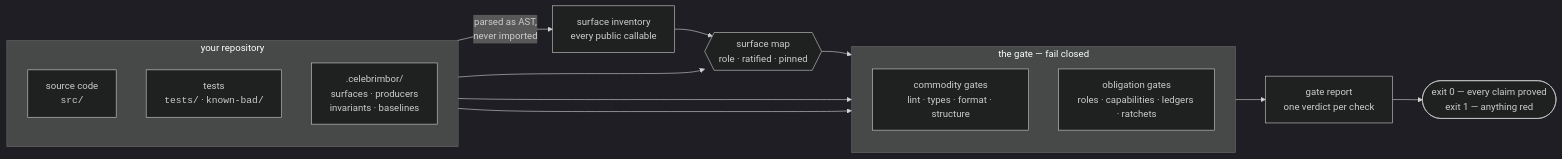
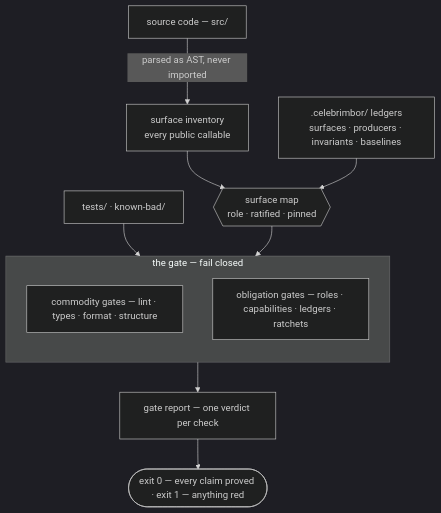
The diagram in docs/concepts/architecture.md (clintecker/celebrimbor), drawn with Mermaid (dark theme) before and after one commit. The commit also changed 11 other files, not shown here.

````diff
--- a/docs/concepts/architecture.md
+++ b/docs/concepts/architecture.md
@@ -9,26 +9,15 @@
 ```mermaid
-flowchart LR
-    subgraph repo["your repository"]
-        direction TB
-        SRC["source code<br/><code>src/</code>"]
-        TST["tests<br/><code>tests/</code> · <code>known-bad/</code>"]
-        LED[".celebrimbor/<br/>surfaces · producers<br/>invariants · baselines"]
-    end
-
-    SRC -->|"parsed as AST,<br/>never imported"| INV["surface inventory<br/>every public callable"]
+flowchart TD
+    SRC["source code — src/"] -->|"parsed as AST, never imported"| INV["surface inventory<br/>every public callable"]
     INV --> MAP{{"surface map<br/>role · ratified · pinned"}}
-    LED --> MAP
-
+    LED[".celebrimbor/ ledgers<br/>surfaces · producers · invariants · baselines"] --> MAP
+    TST["tests/ · known-bad/"] --> GATE
     MAP --> GATE
-    TST --> GATE
-    SRC --> GATE
-
     subgraph GATE["the gate — fail closed"]
         direction TB
-        COMM["commodity gates<br/>lint · types · format · structure"]
-        OBL["obligation gates<br/>roles · capabilities · ledgers · ratchets"]
+        COMM["commodity gates — lint · types · format · structure"]
+        OBL["obligation gates — roles · capabilities · ledgers · ratchets"]
     end
-
-    GATE --> REP["gate report<br/>one verdict per check"]
-    REP --> EXIT(["exit 0 — every claim proved<br/>exit 1 — anything red"])
+    GATE --> REP["gate report — one verdict per check"]
+    REP --> EXIT(["exit 0 — every claim proved · exit 1 — anything red"])
 ```
````
